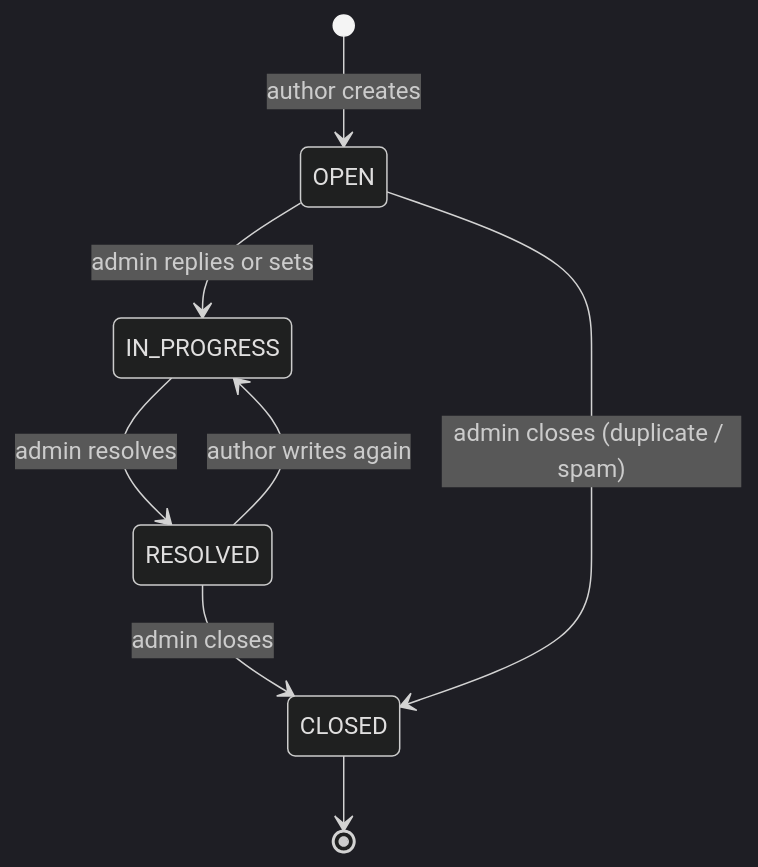
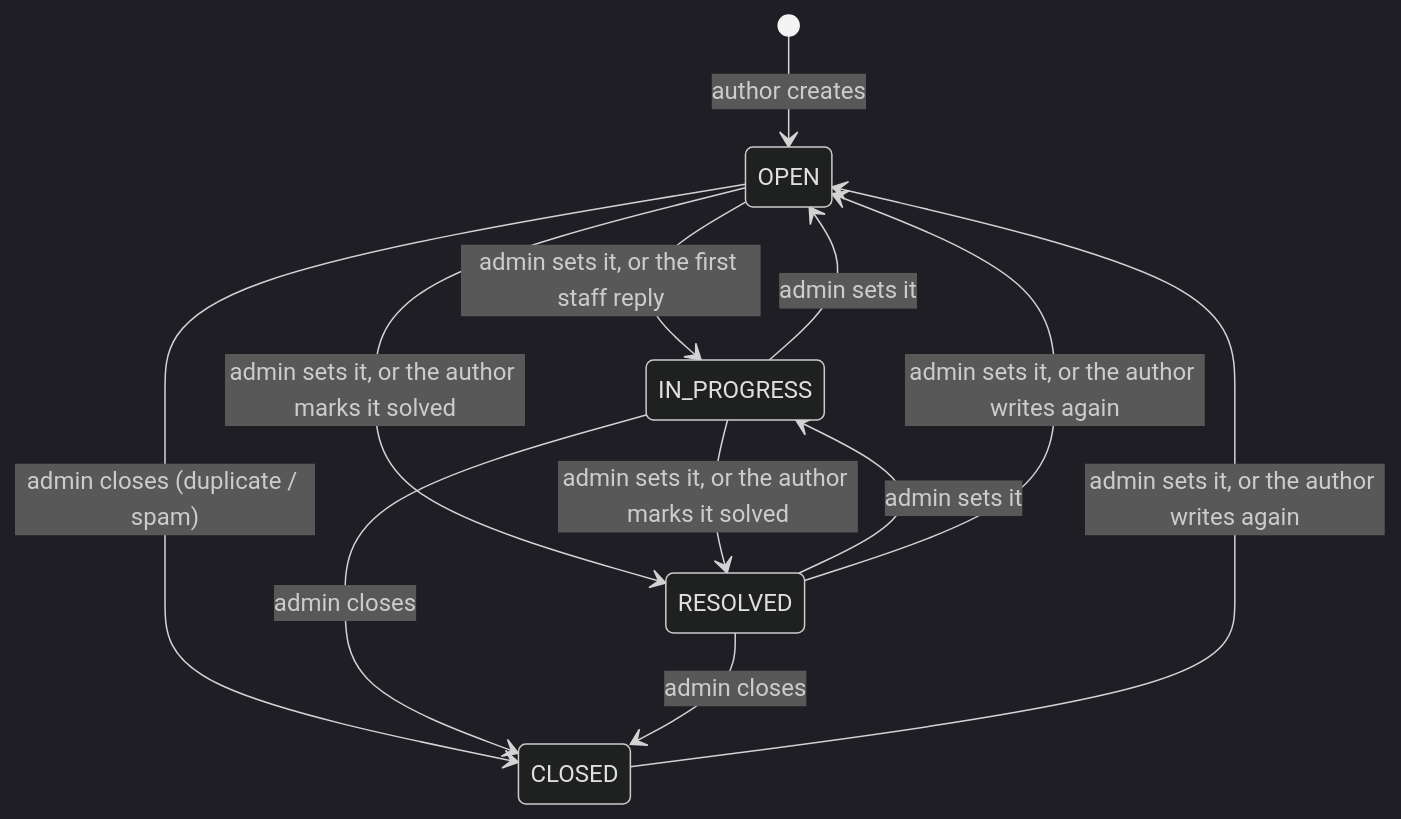
One commit to akshykmratloop/bookLeaf_support_system changed the tenth of 14 diagrams in docs/architecture.md. Above: the diagram before and after it, drawn with Mermaid (dark theme). The commit also changed other lines of this file and 3 other files, not shown here.

First line of the commit message:
docs(qa): requirements matrix, AI benchmark, repair plan; align architecture doc

````diff
--- a/docs/architecture.md
+++ b/docs/architecture.md
@@ -373,10 +377,14 @@
 ```mermaid
 stateDiagram-v2
     [*] --> OPEN: author creates
-    OPEN --> IN_PROGRESS: admin replies or sets
-    IN_PROGRESS --> RESOLVED: admin resolves
-    RESOLVED --> IN_PROGRESS: author writes again
+    OPEN --> IN_PROGRESS: admin sets it, or the first staff reply
+    OPEN --> RESOLVED: admin sets it, or the author marks it solved
+    OPEN --> CLOSED: admin closes (duplicate / spam)
+    IN_PROGRESS --> OPEN: admin sets it
+    IN_PROGRESS --> RESOLVED: admin sets it, or the author marks it solved
+    IN_PROGRESS --> CLOSED: admin closes
+    RESOLVED --> IN_PROGRESS: admin sets it
     RESOLVED --> CLOSED: admin closes
-    OPEN --> CLOSED: admin closes (duplicate / spam)
-    CLOSED --> [*]
+    RESOLVED --> OPEN: admin sets it, or the author writes again
+    CLOSED --> OPEN: admin sets it, or the author writes again
 ```
````
